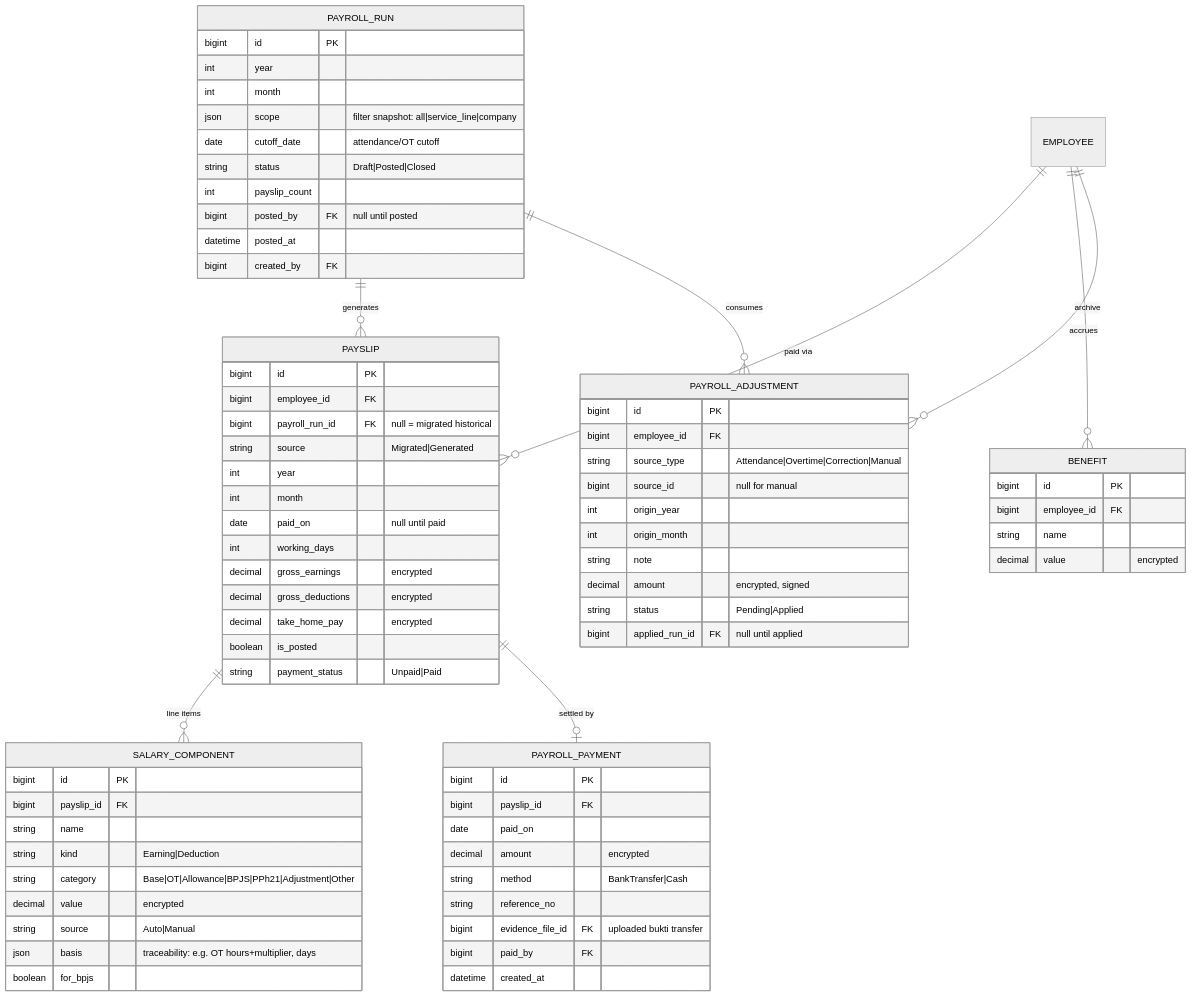
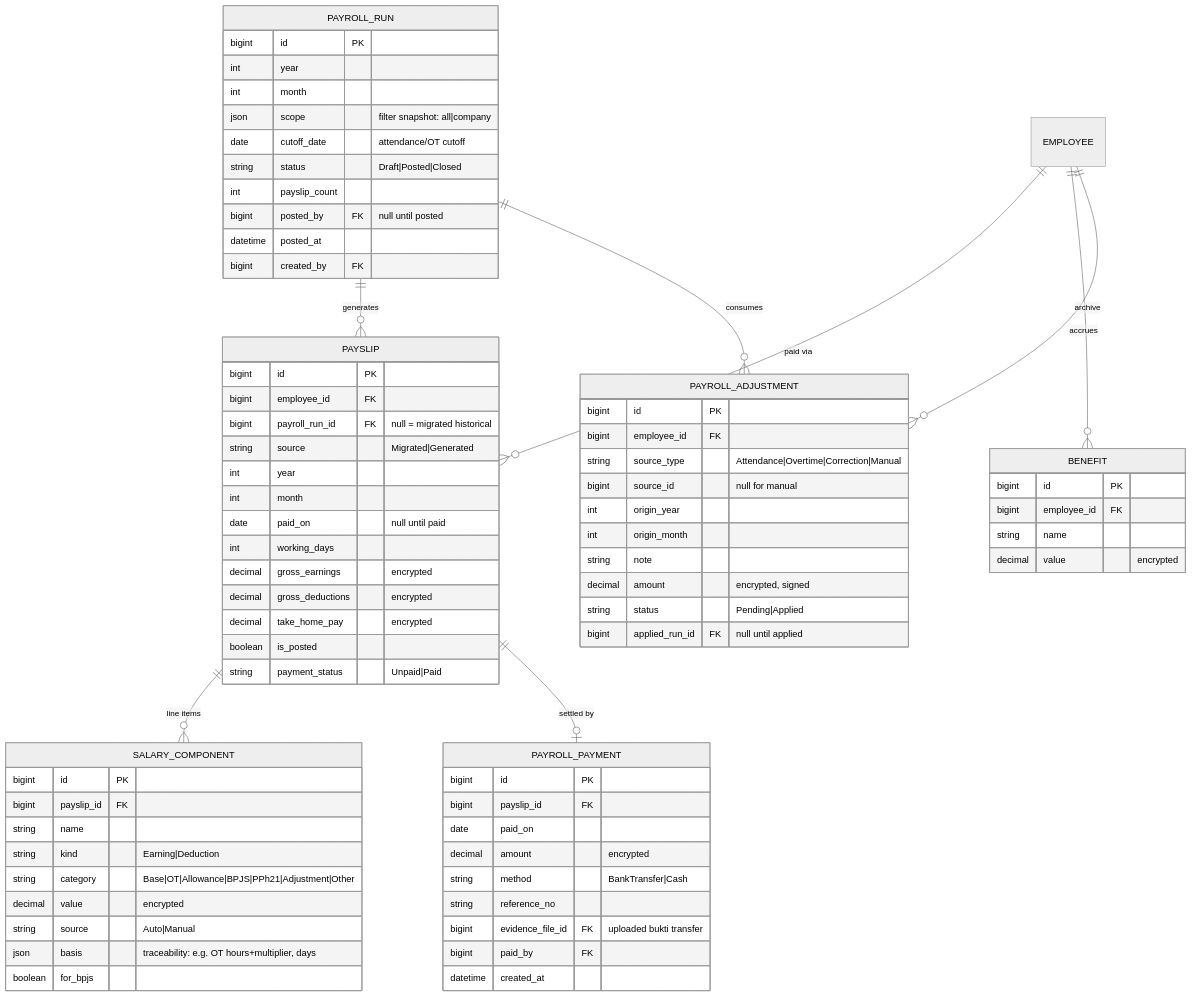
One commit to hariszaki17/hris-outsource changed the first of 5 diagrams in docs/epics/E8-payroll/FEATURE.md. Above: the diagram before and after it, drawn with Mermaid (neutral theme). The commit also changed 239 other files, not shown here.

First line of the commit message:
feat!: remove service line concept end-to-end

````diff
--- a/docs/epics/E8-payroll/FEATURE.md
+++ b/docs/epics/E8-payroll/FEATURE.md
@@ -46,78 +46,78 @@
 ```mermaid
 erDiagram
     PAYROLL_RUN ||--o{ PAYSLIP : "generates"
     EMPLOYEE ||--o{ PAYSLIP : "paid via"
     PAYSLIP ||--o{ SALARY_COMPONENT : "line items"
     PAYSLIP ||--o| PAYROLL_PAYMENT : "settled by"
     EMPLOYEE ||--o{ BENEFIT : "archive"
     EMPLOYEE ||--o{ PAYROLL_ADJUSTMENT : "accrues"
     PAYROLL_RUN ||--o{ PAYROLL_ADJUSTMENT : "consumes"
 
     PAYROLL_RUN {
         bigint id PK
         int year
         int month
-        json scope "filter snapshot: all|service_line|company"
+        json scope "filter snapshot: all|company"
         date cutoff_date "attendance/OT cutoff"
         string status "Draft|Posted|Closed"
         int payslip_count
         bigint posted_by FK "null until posted"
         datetime posted_at
         bigint created_by FK
     }
     PAYSLIP {
         bigint id PK
         bigint employee_id FK
         bigint payroll_run_id FK "null = migrated historical"
         string source "Migrated|Generated"
         int year
         int month
         date paid_on "null until paid"
         int working_days
         decimal gross_earnings "encrypted"
         decimal gross_deductions "encrypted"
         decimal take_home_pay "encrypted"
         boolean is_posted
         string payment_status "Unpaid|Paid"
     }
     SALARY_COMPONENT {
         bigint id PK
         bigint payslip_id FK
         string name
         string kind "Earning|Deduction"
         string category "Base|OT|Allowance|BPJS|PPh21|Adjustment|Other"
         decimal value "encrypted"
         string source "Auto|Manual"
         json basis "traceability: e.g. OT hours+multiplier, days"
         boolean for_bpjs
     }
     PAYROLL_PAYMENT {
         bigint id PK
         bigint payslip_id FK
         date paid_on
         decimal amount "encrypted"
         string method "BankTransfer|Cash"
         string reference_no
         bigint evidence_file_id FK "uploaded bukti transfer"
         bigint paid_by FK
         datetime created_at
     }
     PAYROLL_ADJUSTMENT {
         bigint id PK
         bigint employee_id FK
         string source_type "Attendance|Overtime|Correction|Manual"
         bigint source_id "null for manual"
         int origin_year
         int origin_month
         string note
         decimal amount "encrypted, signed"
         string status "Pending|Applied"
         bigint applied_run_id FK "null until applied"
     }
     BENEFIT {
         bigint id PK
         bigint employee_id FK
         string name
         decimal value "encrypted"
     }
 ```
````
